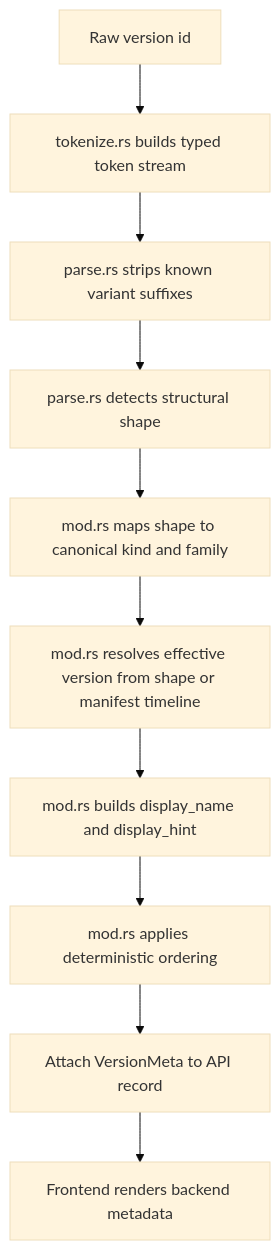
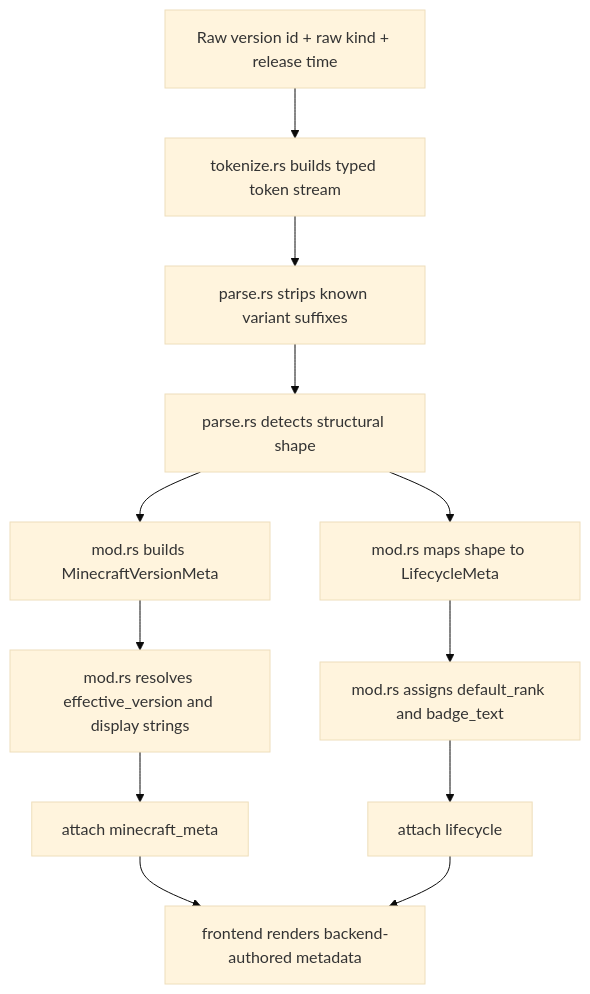
The diagram in docs/VERSION-METADATA-ARCHITECTURE.md (mateoltd/croopor), drawn with Mermaid (base theme) before and after one commit. The commit also changed other lines of this file and 29 other files, not shown here.

Commit message:
refactor(loaders): wip normalize lifecycle metadata

````diff
--- a/docs/VERSION-METADATA-ARCHITECTURE.md
+++ b/docs/VERSION-METADATA-ARCHITECTURE.md
@@ -41,12 +60,14 @@
 ```mermaid
 flowchart TD
-    A[Raw version id] --> B[tokenize.rs builds typed token stream]
+    A[Raw version id + raw kind + release time] --> B[tokenize.rs builds typed token stream]
     B --> C[parse.rs strips known variant suffixes]
     C --> D[parse.rs detects structural shape]
-    D --> E[mod.rs maps shape to canonical kind and family]
-    E --> F[mod.rs resolves effective version from shape or manifest timeline]
-    F --> G[mod.rs builds display_name and display_hint]
-    G --> H[mod.rs applies deterministic ordering]
-    H --> I[Attach VersionMeta to API record]
-    I --> J[Frontend renders backend metadata]
+    D --> E[mod.rs builds MinecraftVersionMeta]
+    D --> F[mod.rs maps shape to LifecycleMeta]
+    E --> G[mod.rs resolves effective_version and display strings]
+    F --> H[mod.rs assigns default_rank and badge_text]
+    G --> I[attach minecraft_meta]
+    H --> J[attach lifecycle]
+    I --> K[frontend renders backend-authored metadata]
+    J --> K
 ```
````
